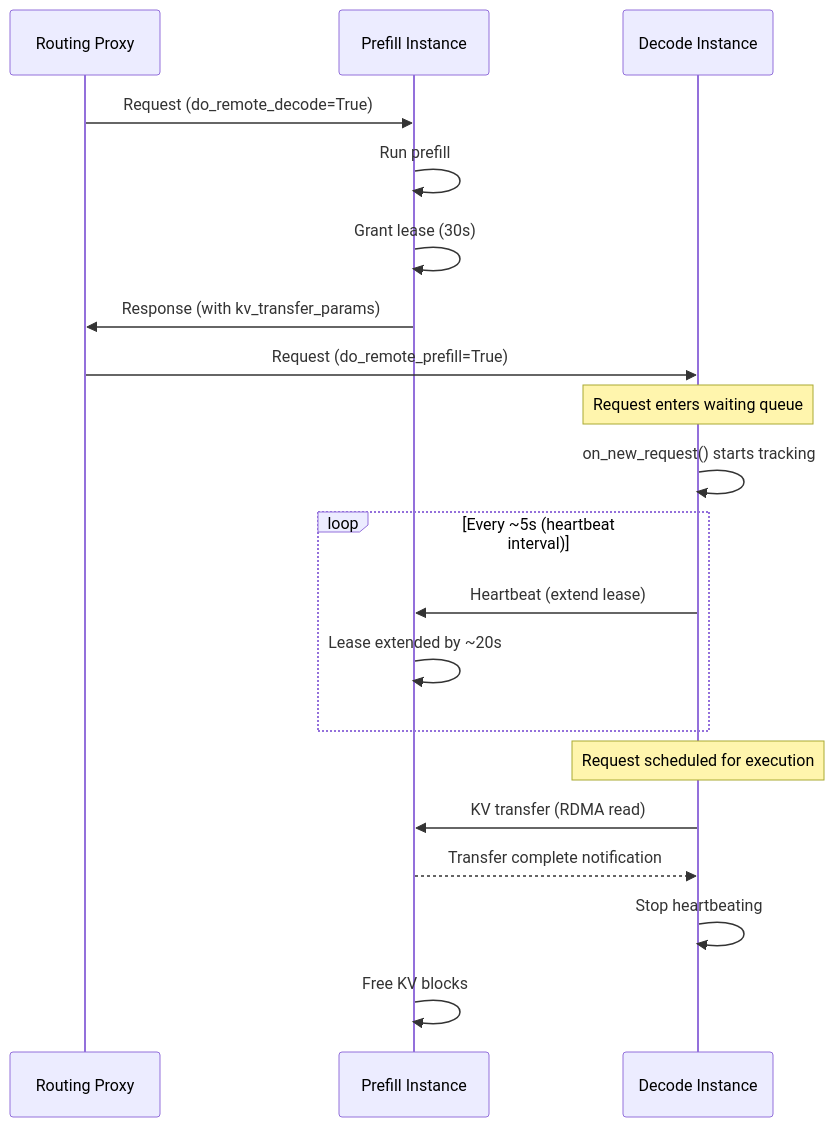
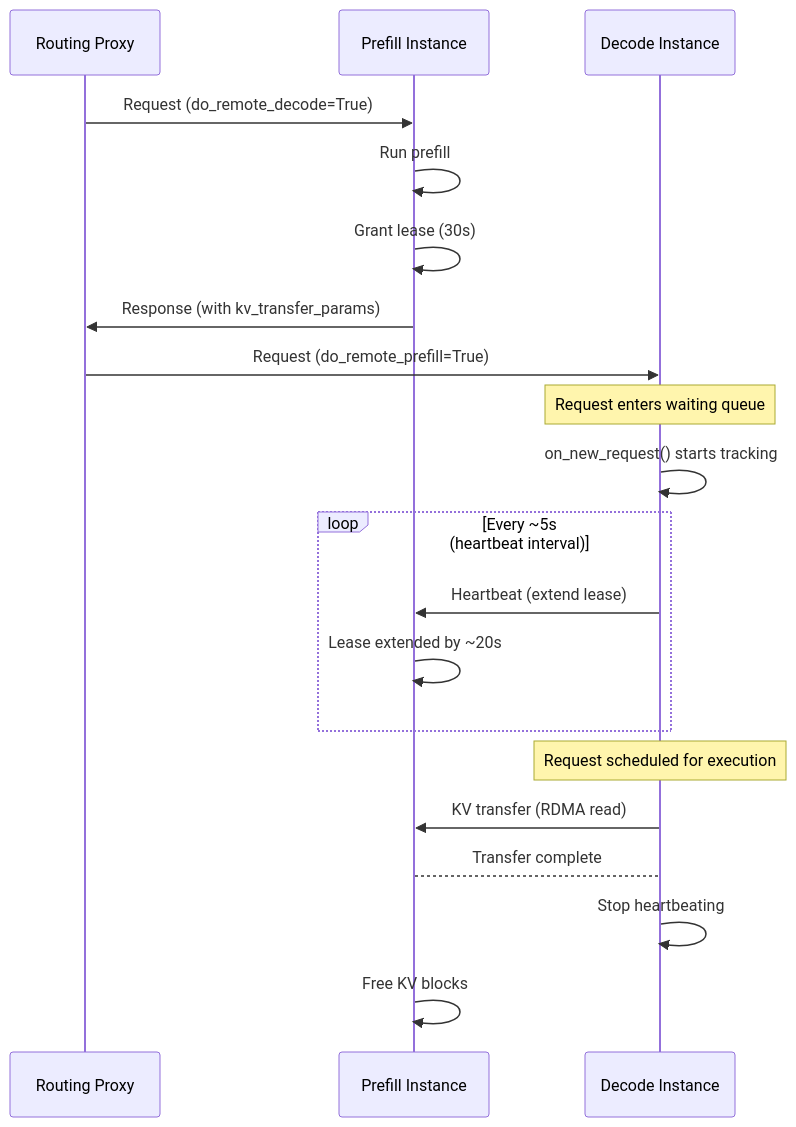
One commit to vllm-project/vllm changed the first of 2 diagrams in docs/design/kv_cache_lease.md. Above: the diagram before and after it, drawn with Mermaid.

````diff
--- a/docs/design/kv_cache_lease.md
+++ b/docs/design/kv_cache_lease.md
@@ -47,26 +47,26 @@
 ```mermaid
 sequenceDiagram
     participant R as Routing Proxy
     participant P as Prefill Instance
     participant D as Decode Instance
 
     R->>P: Request (do_remote_decode=True)
     P->>P: Run prefill
     P->>P: Grant lease (30s)
     P->>R: Response (with kv_transfer_params)
 
     R->>D: Request (do_remote_prefill=True)
     note over D: Request enters waiting queue
     D->>D: on_new_request() starts tracking
 
     loop Every ~5s (heartbeat interval)
         D->>P: Heartbeat (extend lease)
         P->>P: Lease extended by ~20s
     end
 
     note over D: Request scheduled for execution
     D->>P: KV transfer (RDMA read)
-    P-->>D: Transfer complete notification
+    P-->D: Transfer complete
     D->>D: Stop heartbeating
     P->>P: Free KV blocks
 ```
````
